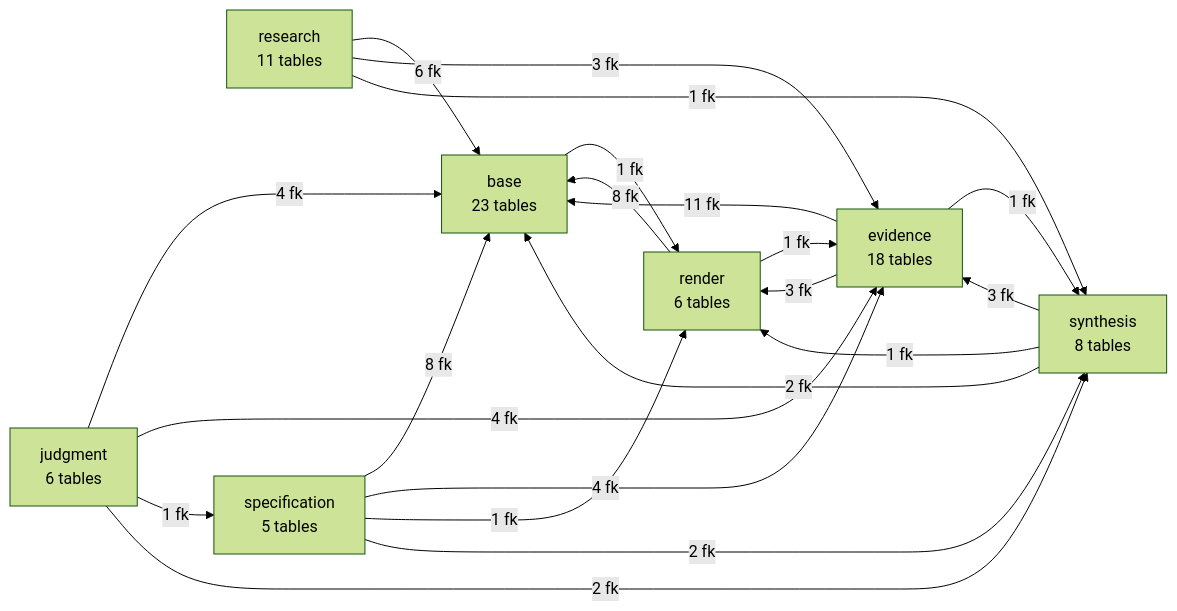
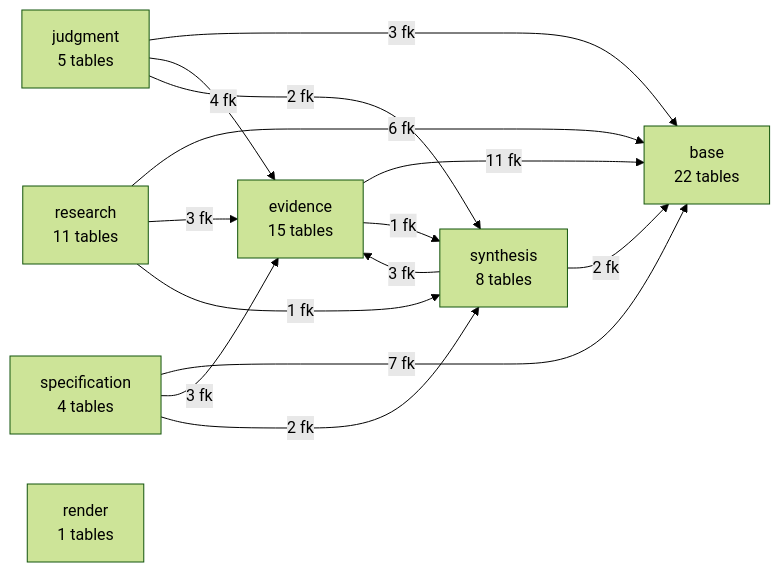
The first of 10 diagrams in workplan/pipeline-state-graph/STATE-GRAPH.md (jordanelias/guidebook), drawn with Mermaid (forest theme) before and after one commit. The commit also changed other lines of this file and 8 other files, not shown here.

````diff
--- a/workplan/pipeline-state-graph/STATE-GRAPH.md
+++ b/workplan/pipeline-state-graph/STATE-GRAPH.md
@@ -24,30 +24,23 @@
 ```mermaid
 flowchart LR
-  base["base\n23 tables"]
+  base["base\n22 tables"]
   research["research\n11 tables"]
-  evidence["evidence\n18 tables"]
-  judgment["judgment\n6 tables"]
+  evidence["evidence\n15 tables"]
+  judgment["judgment\n5 tables"]
   synthesis["synthesis\n8 tables"]
-  specification["specification\n5 tables"]
-  render["render\n6 tables"]
-  base -->|1 fk| render
+  specification["specification\n4 tables"]
+  render["render\n1 tables"]
   evidence -->|11 fk| base
-  evidence -->|3 fk| render
   evidence -->|1 fk| synthesis
-  judgment -->|4 fk| base
+  judgment -->|3 fk| base
   judgment -->|4 fk| evidence
-  judgment -->|1 fk| specification
   judgment -->|2 fk| synthesis
-  render -->|8 fk| base
-  render -->|1 fk| evidence
   research -->|6 fk| base
   research -->|3 fk| evidence
   research -->|1 fk| synthesis
-  specification -->|8 fk| base
-  specification -->|4 fk| evidence
-  specification -->|1 fk| render
+  specification -->|7 fk| base
+  specification -->|3 fk| evidence
   specification -->|2 fk| synthesis
   synthesis -->|2 fk| base
   synthesis -->|3 fk| evidence
-  synthesis -->|1 fk| render
 ```
````
